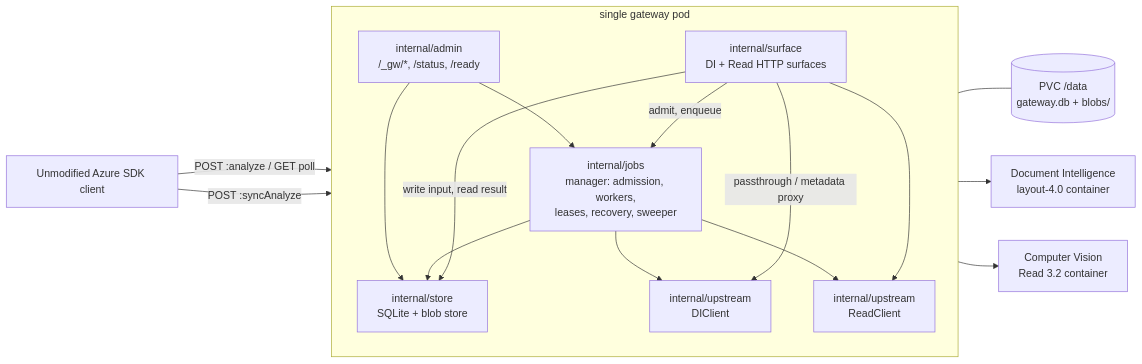
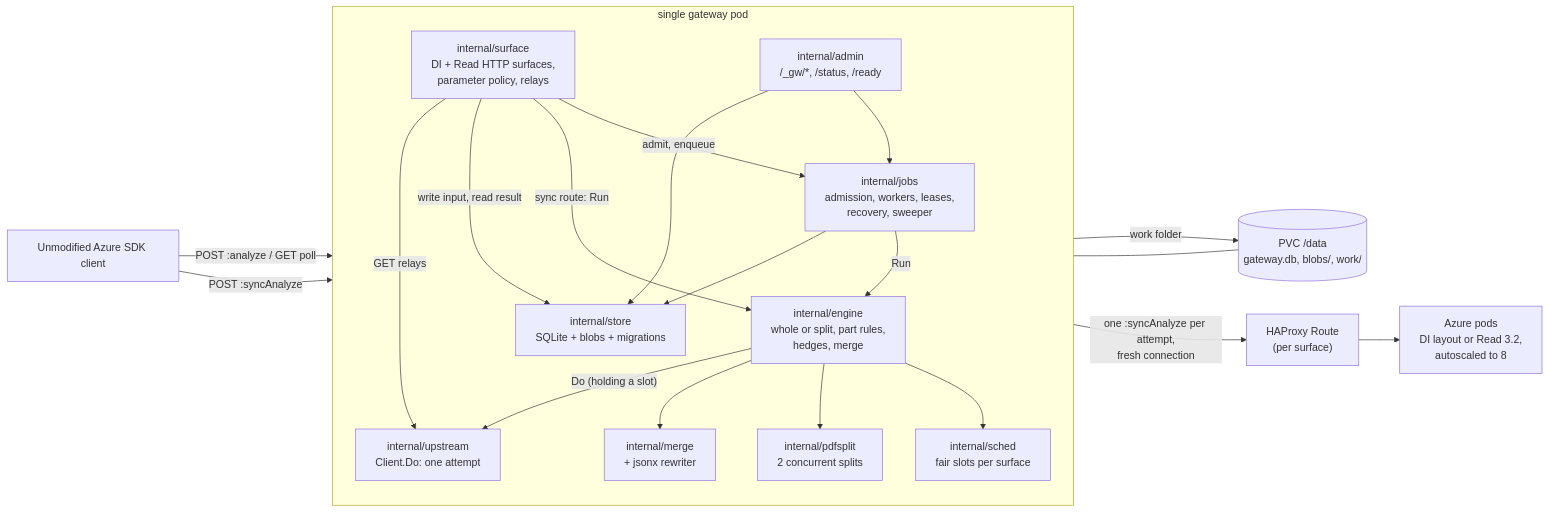
The first of 7 diagrams in docs/ARCHITECTURE.md (NilenduGanguli/azure-gateway-api), drawn with Mermaid before and after one commit. The commit also changed other lines of this file and 8 other files, not shown here.

First line of the commit message:
docs: sync-only upstream, splitting, migrations, operations and handoff

````diff
--- a/docs/ARCHITECTURE.md
+++ b/docs/ARCHITECTURE.md
@@ -60,33 +70,40 @@
 ```mermaid
 flowchart LR
     SDK["Unmodified Azure SDK client"]
 
     subgraph POD["single gateway pod"]
         direction TB
-        SURF["internal/surface<br/>DI + Read HTTP surfaces"]
+        SURF["internal/surface<br/>DI + Read HTTP surfaces,<br/>parameter policy, relays"]
         ADM["internal/admin<br/>/_gw/*, /status, /ready"]
-        JOBS["internal/jobs<br/>manager: admission, workers,<br/>leases, recovery, sweeper"]
-        UPDI["internal/upstream<br/>DIClient"]
-        UPRD["internal/upstream<br/>ReadClient"]
-        ST["internal/store<br/>SQLite + blob store"]
+        JOBS["internal/jobs<br/>admission, workers, leases,<br/>recovery, sweeper"]
+        ENG["internal/engine<br/>whole or split, part rules,<br/>hedges, merge"]
+        SCH["internal/sched<br/>fair slots per surface"]
+        SPL["internal/pdfsplit<br/>2 concurrent splits"]
+        MRG["internal/merge<br/>+ jsonx rewriter"]
+        UP["internal/upstream<br/>Client.Do: one attempt"]
+        ST["internal/store<br/>SQLite + blobs + migrations"]
     end
 
-    PVC[("PVC /data<br/>gateway.db + blobs/")]
-    DI["Document Intelligence<br/>layout-4.0 container"]
-    RD["Computer Vision<br/>Read 3.2 container"]
+    PVC[("PVC /data<br/>gateway.db, blobs/, work/")]
+    HAP["HAProxy Route<br/>(per surface)"]
+    PODS["Azure pods<br/>DI layout or Read 3.2,<br/>autoscaled to 8"]
 
     SDK -->|"POST :analyze / GET poll"| SURF
     SDK -->|"POST :syncAnalyze"| SURF
-    SURF -->|admit, enqueue| JOBS
+    SURF -->|"admit, enqueue"| JOBS
+    SURF -->|"sync route: Run"| ENG
     SURF -->|"write input, read result"| ST
-    SURF -->|"passthrough / metadata proxy"| UPDI
-    SURF --> UPRD
-    JOBS --> UPDI
-    JOBS --> UPRD
+    SURF -->|"GET relays"| UP
+    JOBS -->|"Run"| ENG
     JOBS --> ST
+    ENG --> SCH
+    ENG --> SPL
+    ENG --> MRG
+    ENG -->|"Do (holding a slot)"| UP
+    ENG -->|"work folder"| PVC
     ADM --> JOBS
     ADM --> ST
     ST --- PVC
-    UPDI --> DI
-    UPRD --> RD
+    UP -->|"one :syncAnalyze per attempt,<br/>fresh connection"| HAP
+    HAP --> PODS
 ```
````
